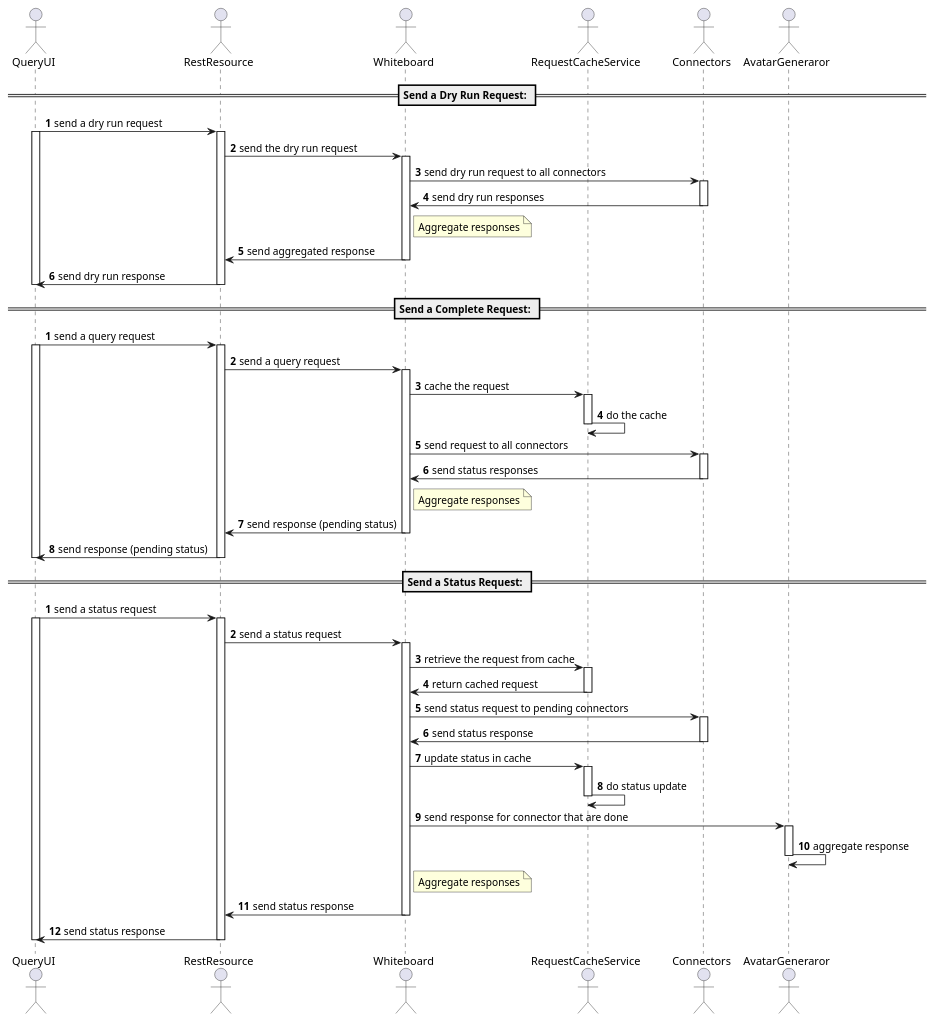
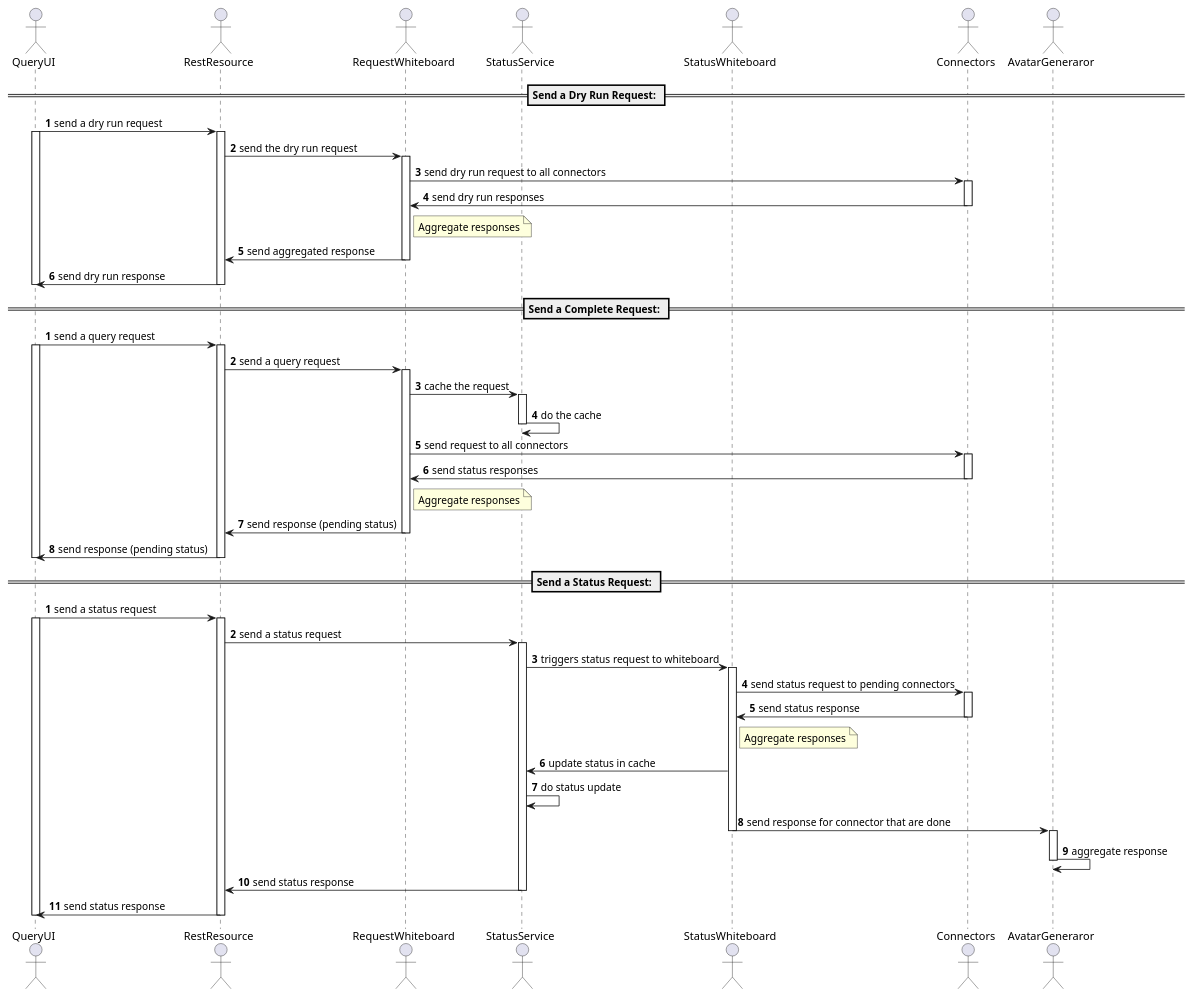
Before and after one commit to DataInMotion/avatar-dataspaces-demo: the diagram in plantUML/workflow-diagram.puml, drawn with PlantUML.

Commit message:
updated puml workflow diagram

```diff
--- a/plantUML/workflow-diagram.puml
+++ b/plantUML/workflow-diagram.puml
@@ -1,88 +1,86 @@
 @startuml
 actor QueryUI as UI
 actor RestResource as RR
-actor Whiteboard as WB
-actor RequestCacheService as RCS
+actor RequestWhiteboard as RWB
+actor StatusService as RCS
+actor StatusWhiteboard as SWB
 actor Connectors as Cs
 actor AvatarGeneraror as AG
 
 == Send a Dry Run Request: ==
 
 autonumber
 UI->RR: send a dry run request
 activate UI
 activate RR
-RR->WB: send the dry run request
-activate WB
-WB->Cs: send dry run request to all connectors
+RR->RWB: send the dry run request
+activate RWB
+RWB->Cs: send dry run request to all connectors
 activate Cs
-Cs->WB: send dry run responses
+Cs->RWB: send dry run responses
 deactivate Cs
-note right of WB
+note right of RWB
 Aggregate responses
 end note
-WB->RR: send aggregated response
-deactivate WB
+RWB->RR: send aggregated response
+deactivate RWB
 RR->UI: send dry run response
 deactivate RR
 deactivate UI
 
 == Send a Complete Request: ==
 
 autonumber
 UI->RR: send a query request
 activate UI
 activate RR
-RR->WB: send a query request
-activate WB
-WB->RCS: cache the request
+RR->RWB: send a query request
+activate RWB
+RWB->RCS: cache the request
 activate RCS
 RCS->RCS: do the cache
 deactivate RCS
-WB->Cs: send request to all connectors
+RWB->Cs: send request to all connectors
 activate Cs
-Cs->WB: send status responses
+Cs->RWB: send status responses
 deactivate Cs
-note right of WB
+note right of RWB
 Aggregate responses
 end note
-WB->RR: send response (pending status)
-deactivate WB
+RWB->RR: send response (pending status)
+deactivate RWB
 RR->UI: send response (pending status)
 deactivate RR
 deactivate UI
 
 == Send a Status Request: ==
 
 autonumber
 UI->RR: send a status request
 activate UI 
 activate RR
-RR->WB: send a status request
-activate WB
-WB->RCS: retrieve the request from cache
+RR->RCS: send a status request
 activate RCS
-RCS->WB: return cached request
-deactivate RCS
-WB->Cs: send status request to pending connectors
+RCS->SWB: triggers status request to whiteboard
+activate SWB
+SWB->Cs: send status request to pending connectors
 activate Cs
-Cs->WB: send status response
+Cs->SWB: send status response
 deactivate Cs
-WB->RCS: update status in cache
-activate RCS
+note right of SWB
+Aggregate responses
+end note
+SWB->RCS: update status in cache
 RCS->RCS: do status update
-deactivate RCS
-WB->AG: send response for connector that are done
+SWB->AG: send response for connector that are done
+deactivate SWB
 activate AG
 AG->AG: aggregate response
 deactivate AG
-note right of WB
-Aggregate responses
-end note
-WB->RR: send status response 
-deactivate WB
+RCS->RR: send status response 
+deactivate RCS
 RR->UI: send status response
 deactivate RR
 deactivate UI
 
 @enduml
```
